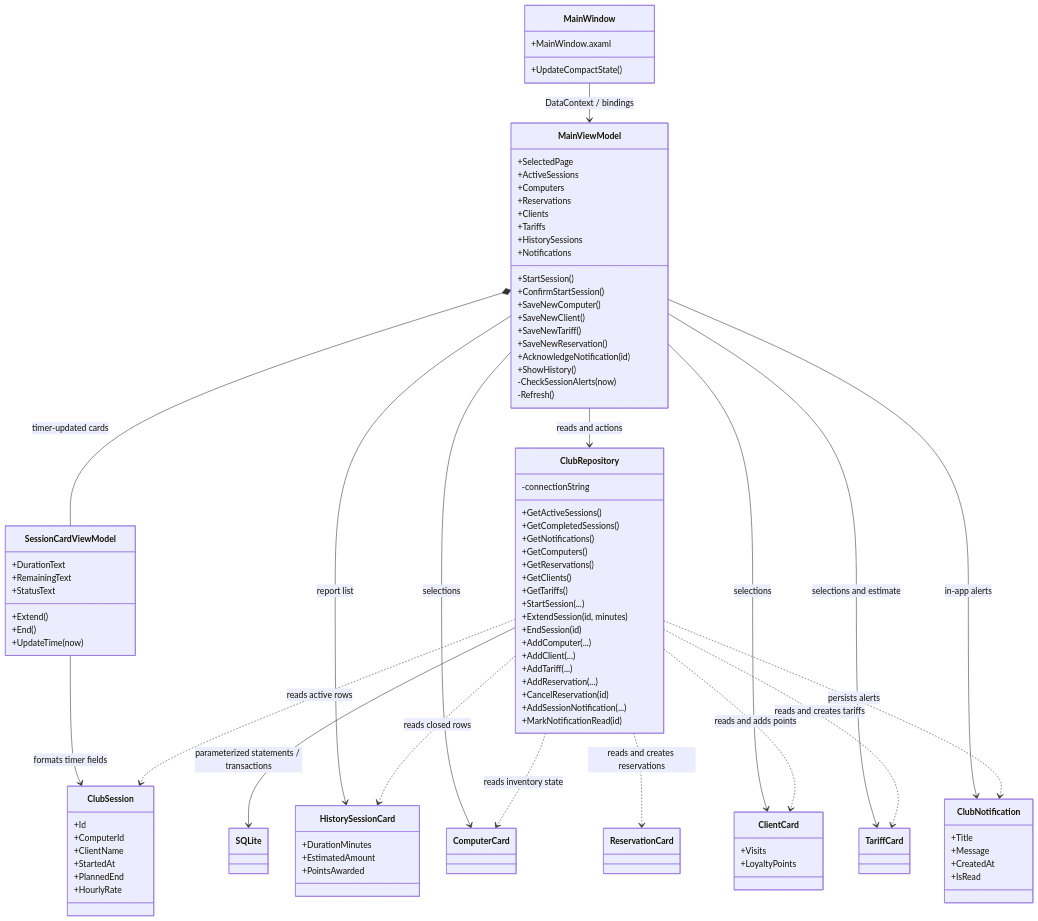
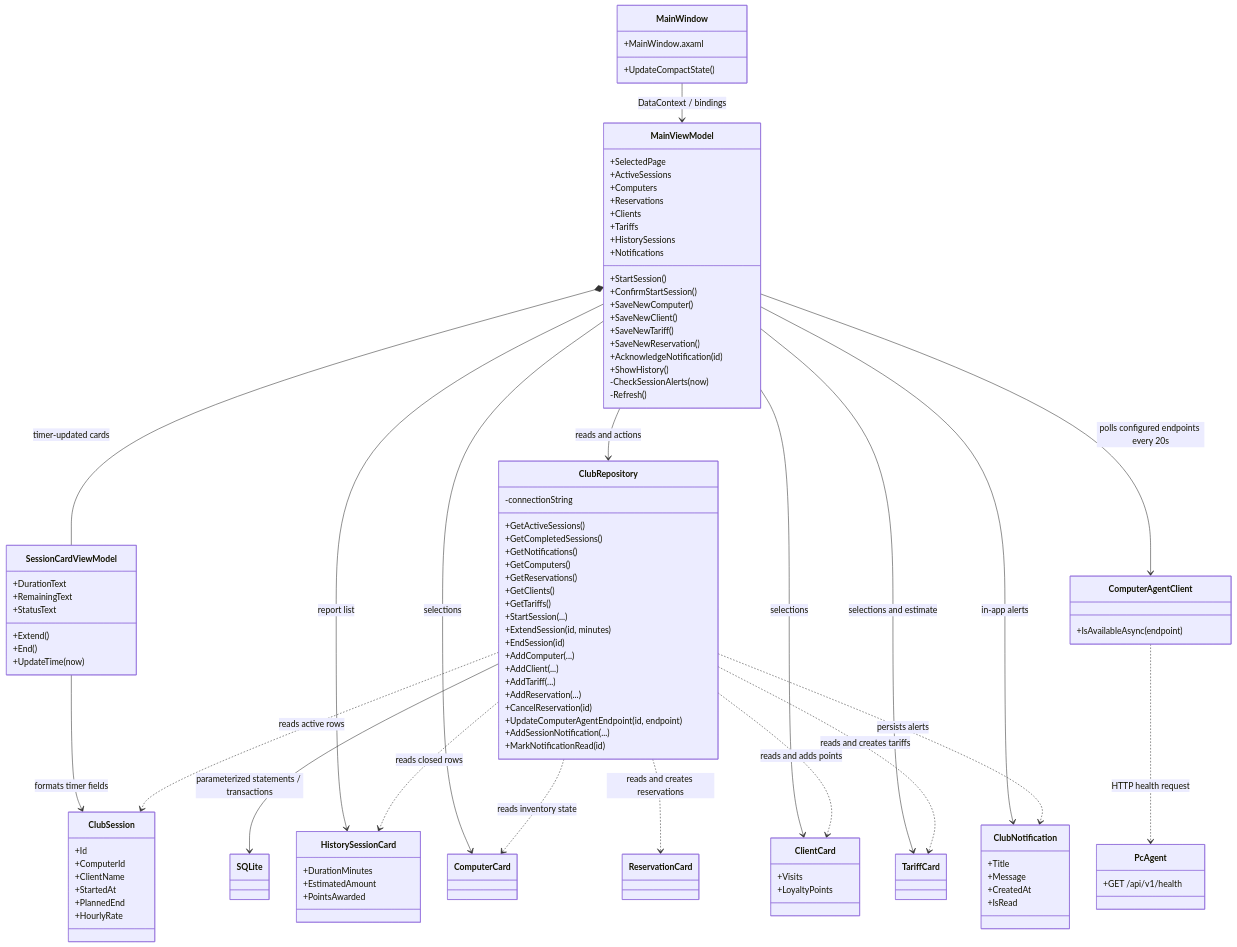
The diagram in docs/CLASS-DIAGRAM.md (stanislavslobodyan/leopard-club-management), drawn with Mermaid before and after one commit. The commit also changed 11 other files, not shown here.

Commit message:
Add optional PC agent health monitoring

```diff
--- a/docs/CLASS-DIAGRAM.md
+++ b/docs/CLASS-DIAGRAM.md
@@ -51,6 +51,7 @@
       +AddTariff(...)
       +AddReservation(...)
       +CancelReservation(id)
+      +UpdateComputerAgentEndpoint(id, endpoint)
       +AddSessionNotification(...)
       +MarkNotificationRead(id)
     }
@@ -63,6 +64,12 @@
       +HourlyRate
     }
     class ComputerCard
+    class ComputerAgentClient {
+      +IsAvailableAsync(endpoint)
+    }
+    class PcAgent {
+      +GET /api/v1/health
+    }
     class ReservationCard
     class ClientCard {
       +Visits
@@ -90,6 +97,8 @@
     MainViewModel --> TariffCard : selections and estimate
     MainViewModel --> HistorySessionCard : report list
     MainViewModel --> ClubNotification : in-app alerts
+    MainViewModel --> ComputerAgentClient : polls configured endpoints every 20s
+    ComputerAgentClient ..> PcAgent : HTTP health request
     SessionCardViewModel --> ClubSession : formats timer fields
     ClubRepository --> SQLite : parameterized statements / transactions
     ClubRepository ..> ClubSession : reads active rows
```
